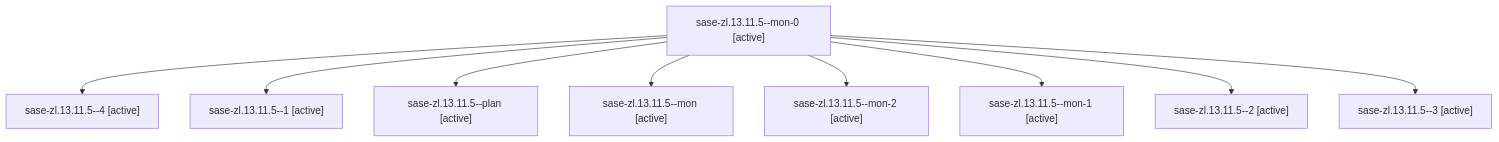
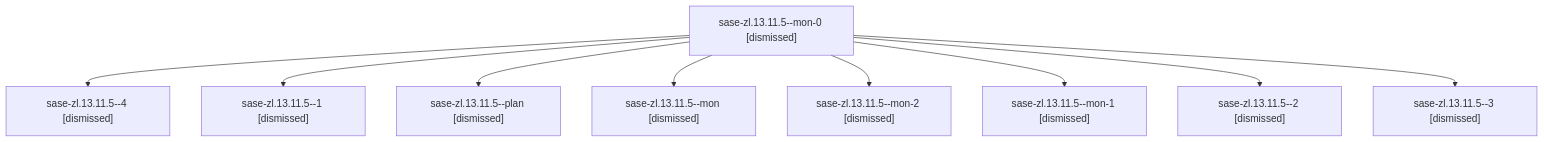
Before and after one commit to sase-org/sase--agents: the diagram in sessions/bbugyi200.athena.sase-zl.13.11.5.md, drawn with Mermaid. The commit also changed other lines of this file and 211 other files, not shown here.

````diff
--- a/sessions/bbugyi200.athena.sase-zl.13.11.5.md
+++ b/sessions/bbugyi200.athena.sase-zl.13.11.5.md
@@ -9,20 +9,20 @@
 ```mermaid
 flowchart TD
-  n0["sase-zl.13.11.5--mon-0 [active]"]
-  n1["sase-zl.13.11.5--4 [active]"]
+  n0["sase-zl.13.11.5--mon-0 [dismissed]"]
+  n1["sase-zl.13.11.5--4 [dismissed]"]
   n0 --> n1
-  n2["sase-zl.13.11.5--1 [active]"]
+  n2["sase-zl.13.11.5--1 [dismissed]"]
   n0 --> n2
-  n3["sase-zl.13.11.5--plan [active]"]
+  n3["sase-zl.13.11.5--plan [dismissed]"]
   n0 --> n3
-  n4["sase-zl.13.11.5--mon [active]"]
+  n4["sase-zl.13.11.5--mon [dismissed]"]
   n0 --> n4
-  n5["sase-zl.13.11.5--mon-2 [active]"]
+  n5["sase-zl.13.11.5--mon-2 [dismissed]"]
   n0 --> n5
-  n6["sase-zl.13.11.5--mon-1 [active]"]
+  n6["sase-zl.13.11.5--mon-1 [dismissed]"]
   n0 --> n6
-  n7["sase-zl.13.11.5--2 [active]"]
+  n7["sase-zl.13.11.5--2 [dismissed]"]
   n0 --> n7
-  n8["sase-zl.13.11.5--3 [active]"]
+  n8["sase-zl.13.11.5--3 [dismissed]"]
   n0 --> n8
 ```
````
